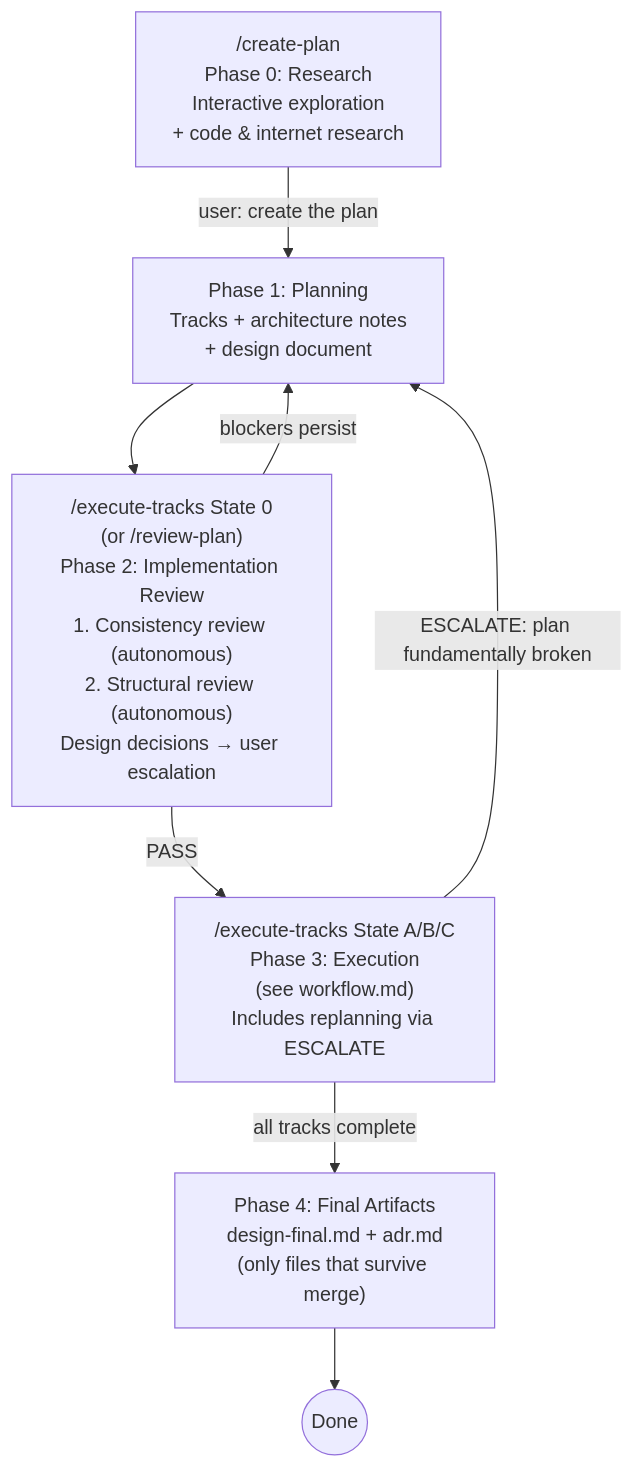
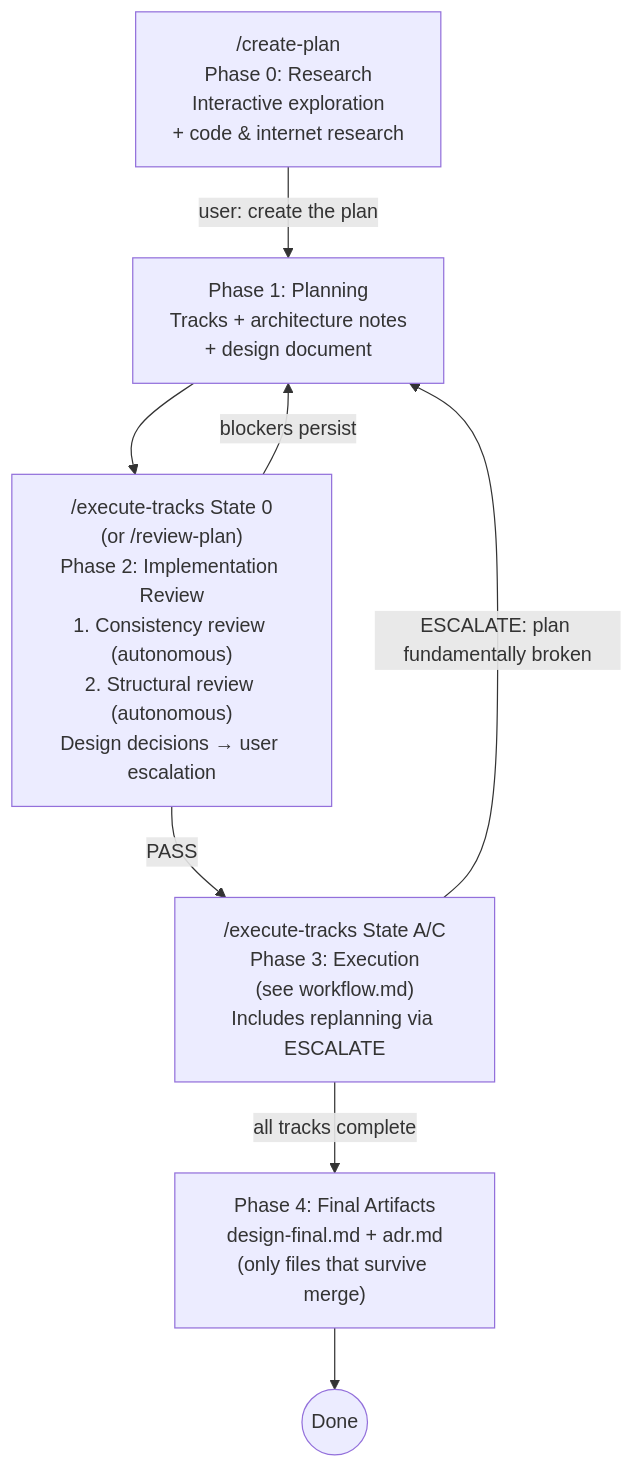
The diagram in .claude/workflow/planning.md (JetBrains/youtrackdb), drawn with Mermaid before and after one commit. The commit also changed 3 other files, not shown here.

````diff
--- a/.claude/workflow/planning.md
+++ b/.claude/workflow/planning.md
@@ -26,17 +26,17 @@
 ```mermaid
 flowchart TD
     P0["/create-plan\nPhase 0: Research\nInteractive exploration\n+ code & internet research"]
     P1["Phase 1: Planning\nTracks + architecture notes\n+ design document"]
     P2["/execute-tracks State 0\n(or /review-plan)\nPhase 2: Implementation Review\n1. Consistency review (autonomous)\n2. Structural review (autonomous)\nDesign decisions → user escalation"]
-    P3["/execute-tracks State A/B/C\nPhase 3: Execution\n(see workflow.md)\nIncludes replanning via ESCALATE"]
+    P3["/execute-tracks State A/C\nPhase 3: Execution\n(see workflow.md)\nIncludes replanning via ESCALATE"]
     P4["Phase 4: Final Artifacts\ndesign-final.md + adr.md\n(only files that survive merge)"]
     DONE((Done))
 
     P0 -->|"user: create the plan"| P1
     P1 --> P2
     P2 -->|PASS| P3
     P2 -->|blockers persist| P1
     P3 -->|all tracks complete| P4
     P3 -->|ESCALATE: plan fundamentally broken| P1
     P4 --> DONE
 ```
````
